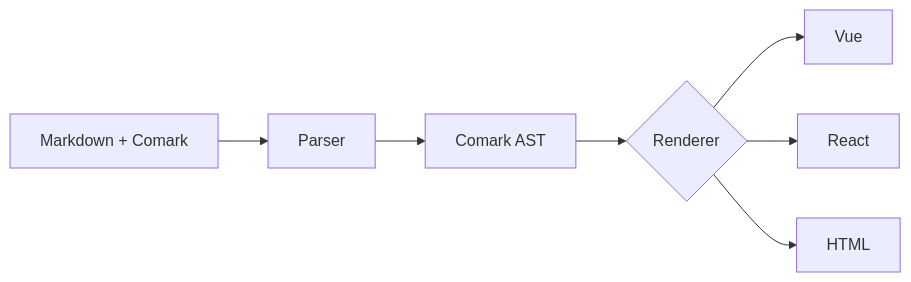
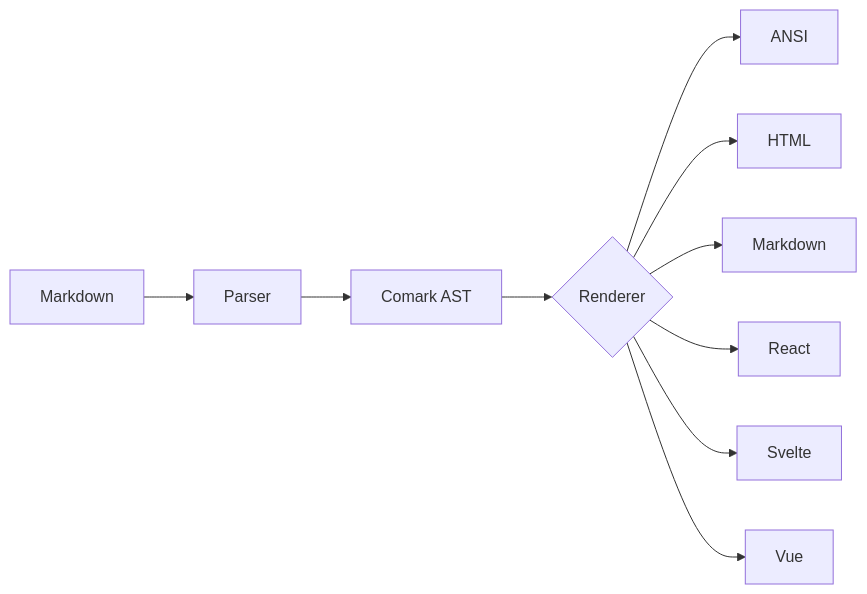
Before and after one commit to maximepvrt/comark: the diagram in docs/content/1.getting-started/0.introduction.md, drawn with Mermaid. The commit also changed other lines of this file and 9 other files, not shown here.

````diff
--- a/docs/content/1.getting-started/0.introduction.md
+++ b/docs/content/1.getting-started/0.introduction.md
@@ -195,9 +195,12 @@
-```mermaid {height="250px"}
+```mermaid
 graph LR
-    A[Markdown + Comark] --> B[Parser]
+    A[Markdown] --> B[Parser]
     B --> C[Comark AST]
     C --> D{Renderer}
+    D --> I[ANSI]
+    D --> H[HTML]
+    D --> J[Markdown]
+    D --> F[React]
+    D --> G[Svelte]
     D --> E[Vue]
-    D --> F[React]
-    D --> G[HTML]
 ```
````
